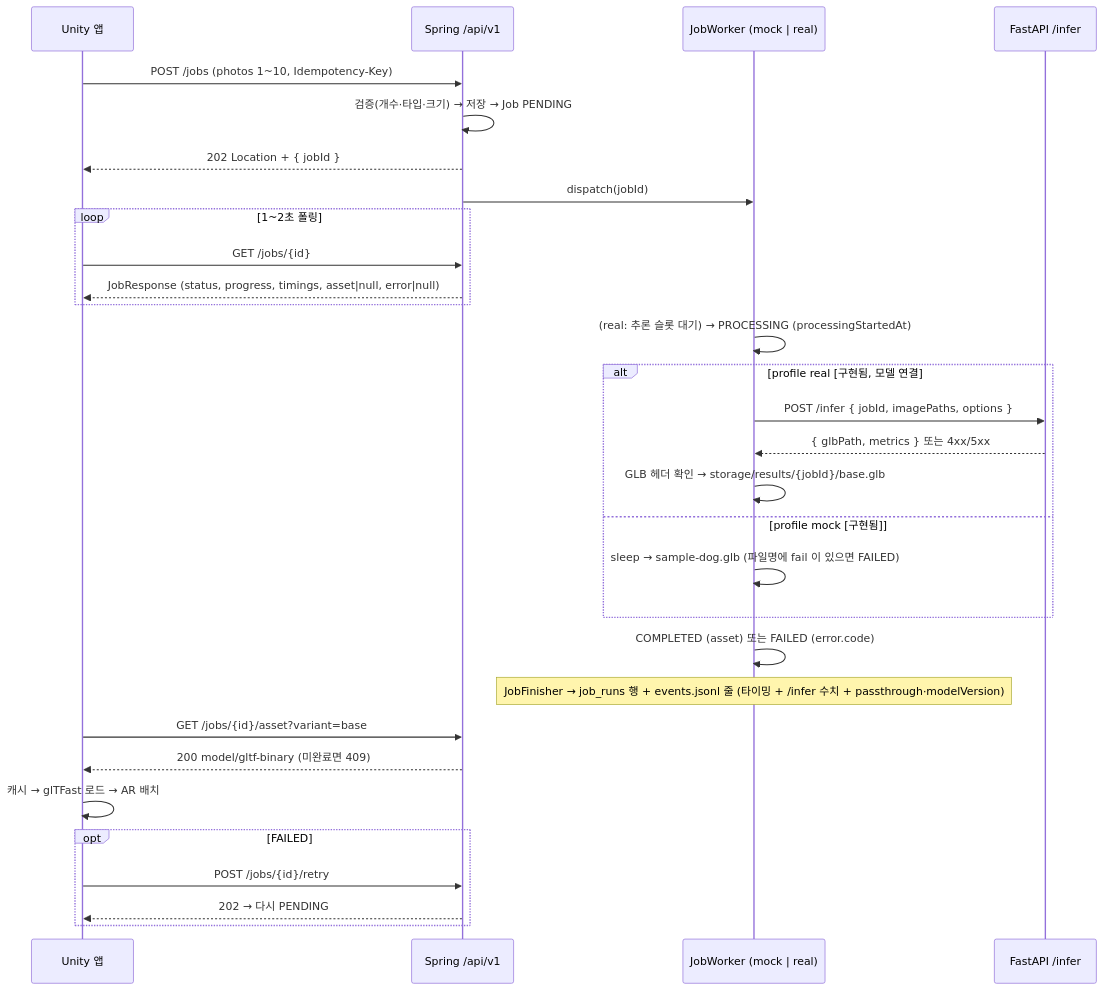
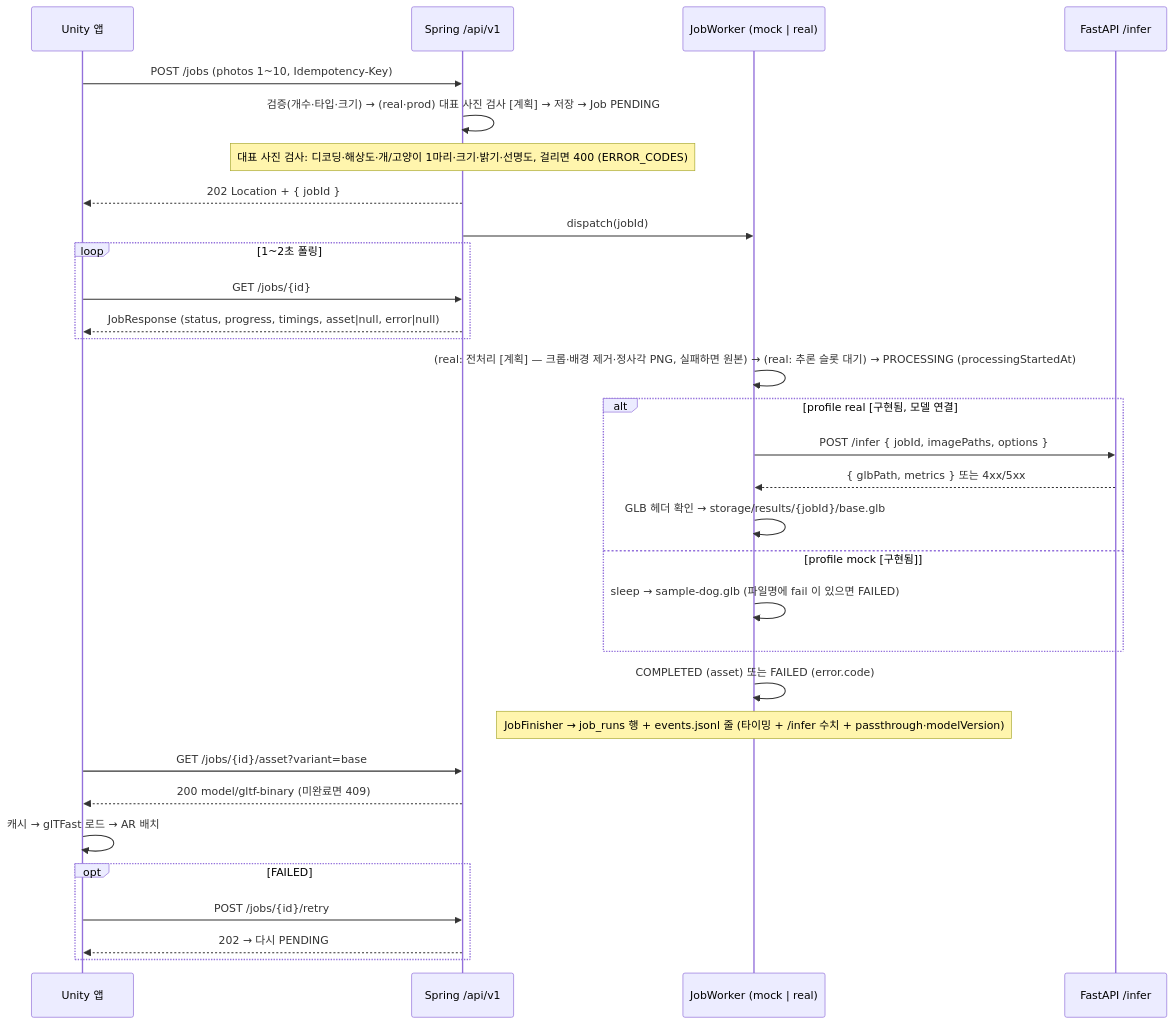
One commit to minwoo3717/Beside changed the second of 3 diagrams in docs/ARCHITECTURE.md. Above: the diagram before and after it, drawn with Mermaid. The commit also changed other lines of this file and 3 other files, not shown here.

````diff
--- a/docs/ARCHITECTURE.md
+++ b/docs/ARCHITECTURE.md
@@ -39,32 +39,33 @@
 ```mermaid
 sequenceDiagram
     participant App as Unity 앱
     participant API as Spring /api/v1
     participant W as JobWorker (mock | real)
     participant Py as FastAPI /infer
     App->>API: POST /jobs (photos 1~10, Idempotency-Key)
-    API->>API: 검증(개수·타입·크기) → 저장 → Job PENDING
+    API->>API: 검증(개수·타입·크기) → (real·prod) 대표 사진 검사 [계획] → 저장 → Job PENDING
+    Note over API: 대표 사진 검사: 디코딩·해상도·개/고양이 1마리·크기·밝기·선명도, 걸리면 400 (ERROR_CODES)
     API-->>App: 202 Location + { jobId }
     API->>W: dispatch(jobId)
     loop 1~2초 폴링
         App->>API: GET /jobs/{id}
         API-->>App: JobResponse (status, progress, timings, asset|null, error|null)
     end
-    W->>W: (real: 추론 슬롯 대기) → PROCESSING (processingStartedAt)
+    W->>W: (real: 전처리 [계획] — 크롭·배경 제거·정사각 PNG, 실패하면 원본) → (real: 추론 슬롯 대기) → PROCESSING (processingStartedAt)
     alt profile real [구현됨, 모델 연결 #1 — 실측 전]
         W->>Py: POST /infer { jobId, imagePaths, options }
         Py-->>W: { glbPath, metrics } 또는 4xx/5xx
         W->>W: GLB 헤더 확인 → storage/results/{jobId}/base.glb
     else profile mock [구현됨]
         W->>W: sleep → sample-dog.glb (파일명에 fail 이 있으면 FAILED)
     end
     W->>W: COMPLETED (asset) 또는 FAILED (error.code)
     Note over W: JobFinisher → job_runs 행 + events.jsonl 줄 (타이밍 + /infer 수치 + passthrough·modelVersion)
     App->>API: GET /jobs/{id}/asset?variant=base
     API-->>App: 200 model/gltf-binary (미완료면 409)
     App->>App: 캐시 → glTFast 로드 → AR 배치
     opt FAILED
         App->>API: POST /jobs/{id}/retry
         API-->>App: 202 → 다시 PENDING
     end
 ```
````
